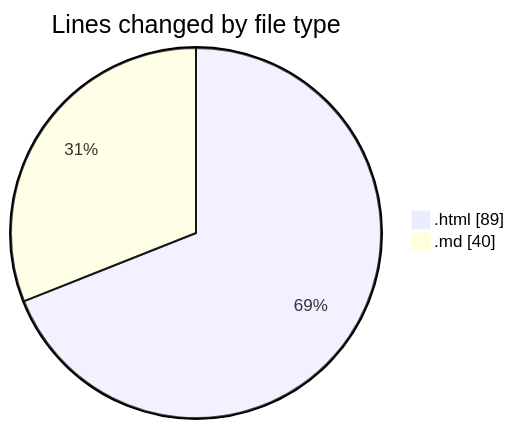
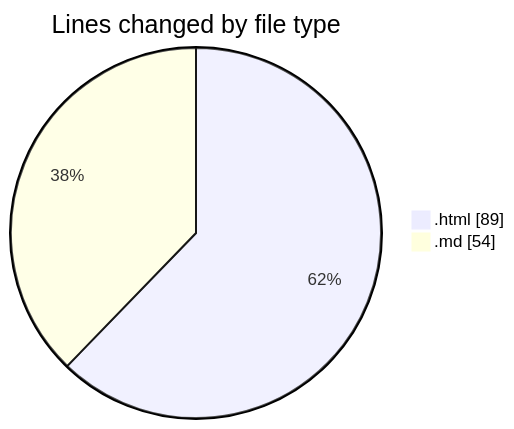
Before and after one commit to Ritupan-Deka/code-tracking: the first of 2 diagrams in 2025-07-04/urlwebwala_intership_work/README.md, drawn with Mermaid. The commit also changed other lines of this file and 1 other file, not shown here.

````diff
--- a/2025-07-04/urlwebwala_intership_work/README.md
+++ b/2025-07-04/urlwebwala_intership_work/README.md
@@ -21,6 +21,6 @@
 ```mermaid
 pie showData
 title Lines changed by file type
 ".html" : 89
-".md" : 40
+".md" : 54
 ```
````
